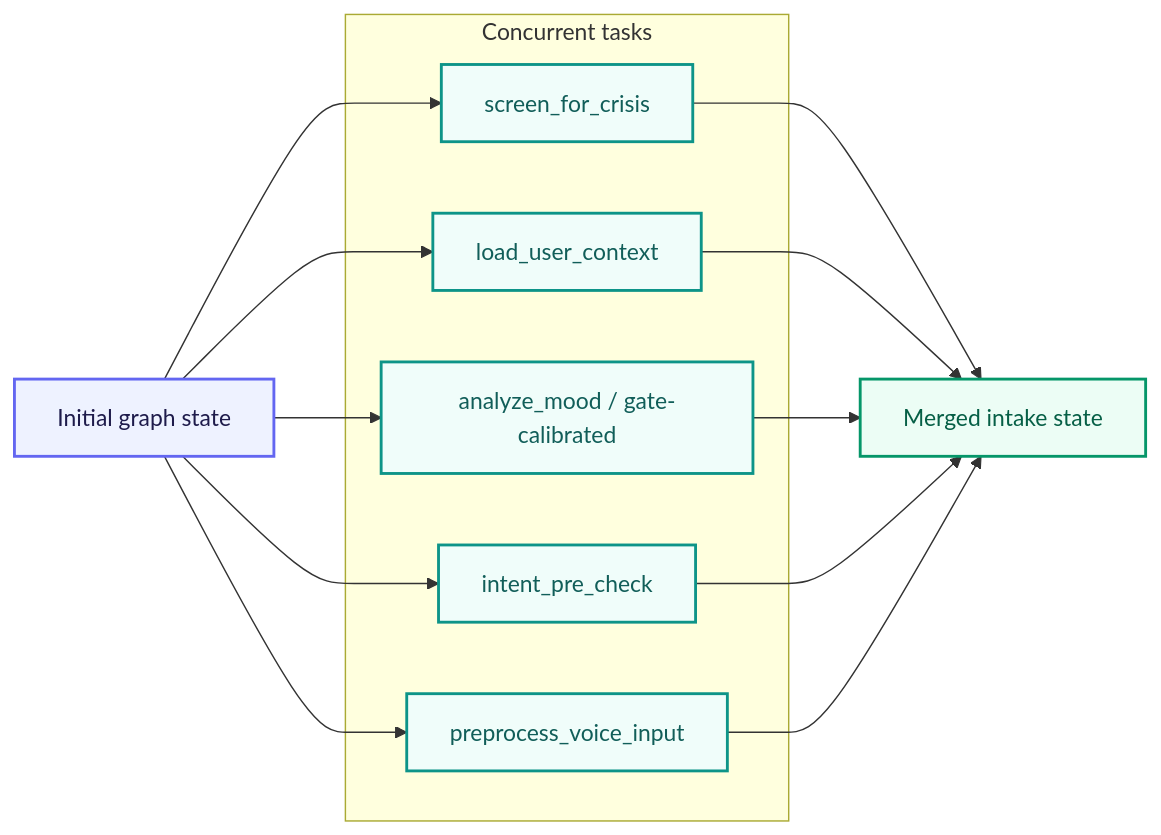
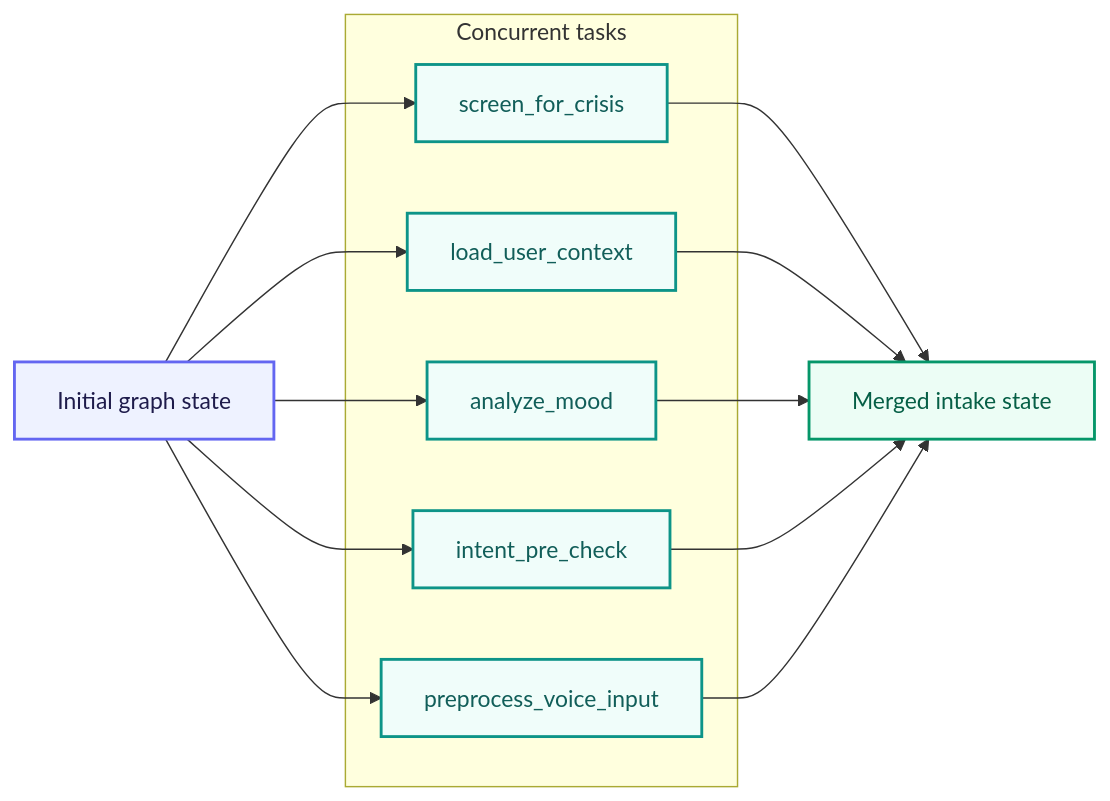
Before and after one commit to taha-mehmood-03/Personlaized-Trainer-Using-Agentic-AI: the sixth of 18 diagrams in README.md, drawn with Mermaid. The commit also changed other lines of this file, not shown here.

````diff
--- a/README.md
+++ b/README.md
@@ -478,25 +374,25 @@
 ```mermaid
 flowchart LR
-    classDef state fill:#EEF2FF,stroke:#6366F1,stroke-width:2px,color:#1E1B4B;
-    classDef node fill:#F0FDFA,stroke:#0D9488,stroke-width:2px,color:#115E59;
-    classDef merge fill:#ECFDF5,stroke:#059669,stroke-width:2px,color:#065F46;
+    classDef state fill:#EEF2FF,stroke:#6366F1,stroke-width:2px,color:#1E1B4B
+    classDef node fill:#F0FDFA,stroke:#0D9488,stroke-width:2px,color:#115E59
+    classDef merge fill:#ECFDF5,stroke:#059669,stroke-width:2px,color:#065F46
 
     State["Initial graph state"]:::state
 
     subgraph Concurrent["Concurrent tasks"]
         Crisis["screen_for_crisis"]:::node
         Context["load_user_context"]:::node
-        Mood["analyze_mood / gate-calibrated"]:::node
+        Mood["analyze_mood"]:::node
         Intent["intent_pre_check"]:::node
         Voice["preprocess_voice_input"]:::node
     end
 
     Merge["Merged intake state"]:::merge
 
     State --> Crisis & Context & Mood & Intent & Voice
     Crisis --> Merge
     Context --> Merge
     Mood --> Merge
     Intent --> Merge
     Voice --> Merge
 ```
````
